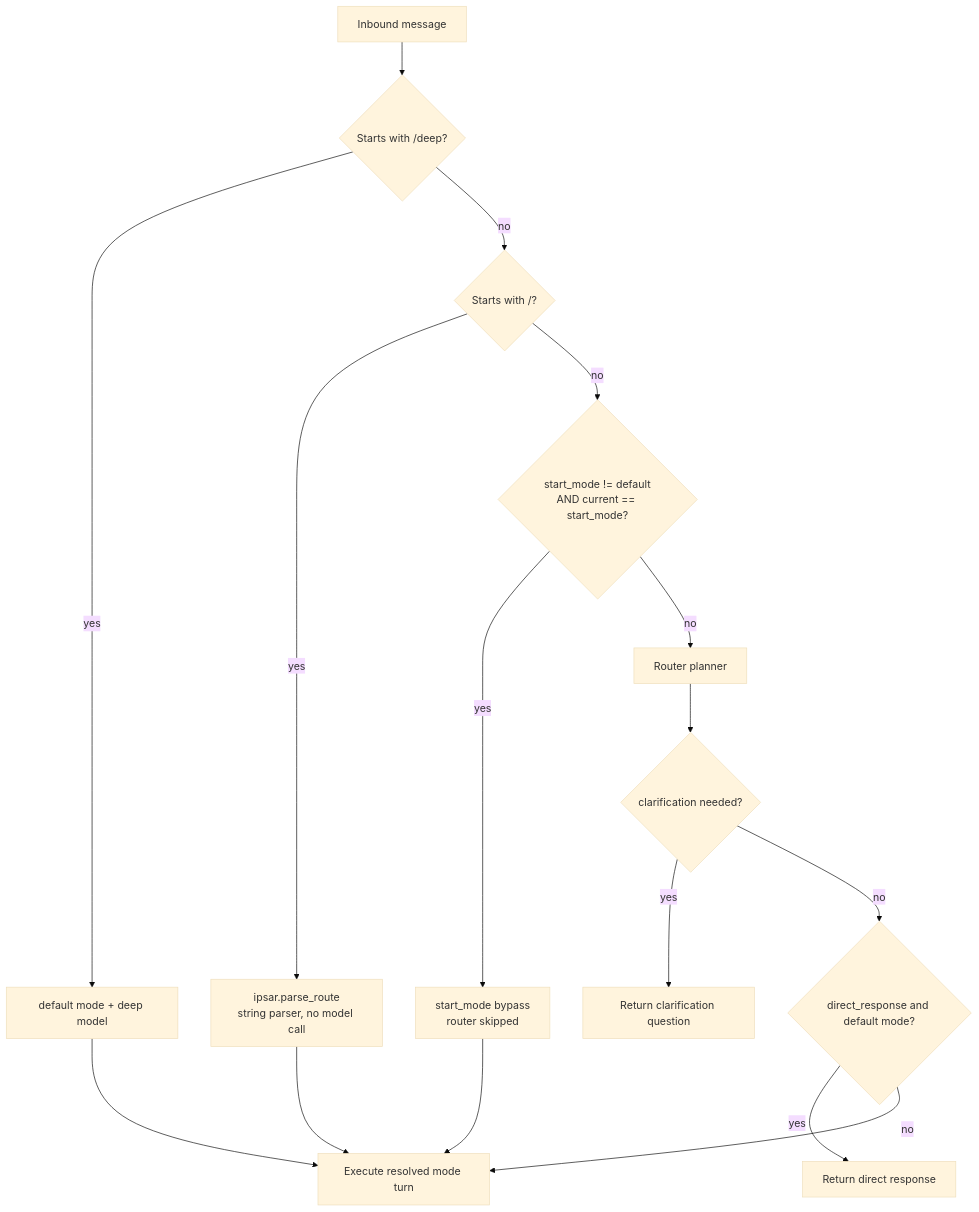
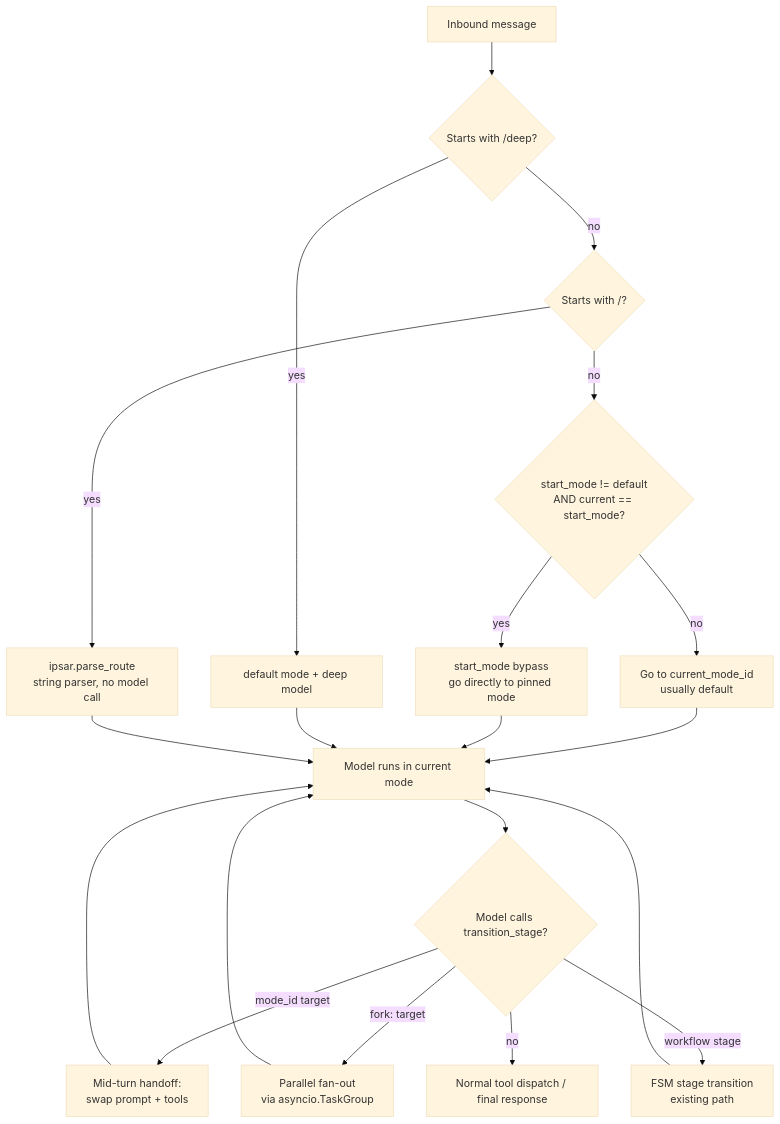
The first of 3 diagrams in docs/ROUTER_DESIGN.md (Lisa-Harness/lisa), drawn with Mermaid (base theme) before and after one commit. The commit also changed other lines of this file, not shown here.

First line of the commit message:
docs: rewrite ROUTER_DESIGN.md for unified FSM routing

````diff
--- a/docs/ROUTER_DESIGN.md
+++ b/docs/ROUTER_DESIGN.md
@@ -41,19 +59,23 @@
 ```mermaid
 flowchart TD
     A[Inbound message] --> B{Starts with /deep?}
     B -->|yes| C[default mode + deep model]
     B -->|no| D{Starts with /?}
     D -->|yes| E[ipsar.parse_route<br/>string parser, no model call]
     D -->|no| F{start_mode != default
 AND current == start_mode?}
-    F -->|yes| G[start_mode bypass<br/>router skipped]
-    F -->|no| H[Router planner]
-    H --> I{clarification needed?}
-    I -->|yes| J[Return clarification question]
-    I -->|no| K{direct_response and default mode?}
-    K -->|yes| L[Return direct response]
-    K -->|no| M[Execute resolved mode turn]
-    G --> M
-    C --> M
-    E --> M
+    F -->|yes| G[start_mode bypass<br/>go directly to pinned mode]
+    F -->|no| H[Go to current_mode_id<br/>usually default]
+    H --> I[Model runs in current mode]
+    I --> J{Model calls transition_stage?}
+    J -->|mode_id target| K[Mid-turn handoff:<br/>swap prompt + tools]
+    J -->|fork: target| L[Parallel fan-out<br/>via asyncio.TaskGroup]
+    J -->|workflow stage| M[FSM stage transition<br/>existing path]
+    J -->|no| N[Normal tool dispatch / final response]
+    K --> I
+    L --> I
+    M --> I
+    G --> I
+    C --> I
+    E --> I
 ```
````
